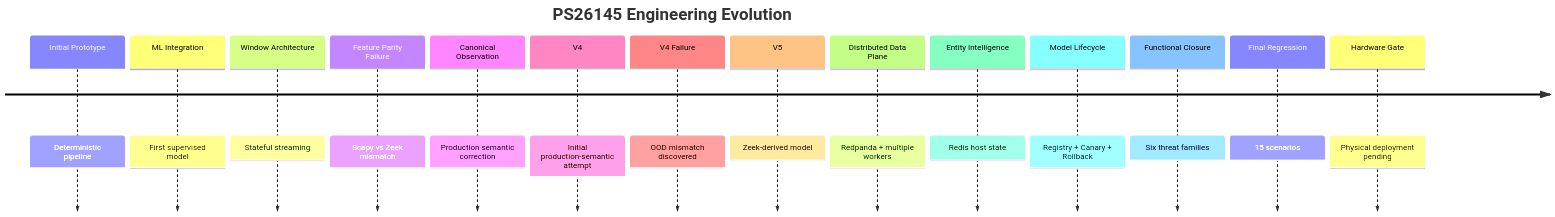
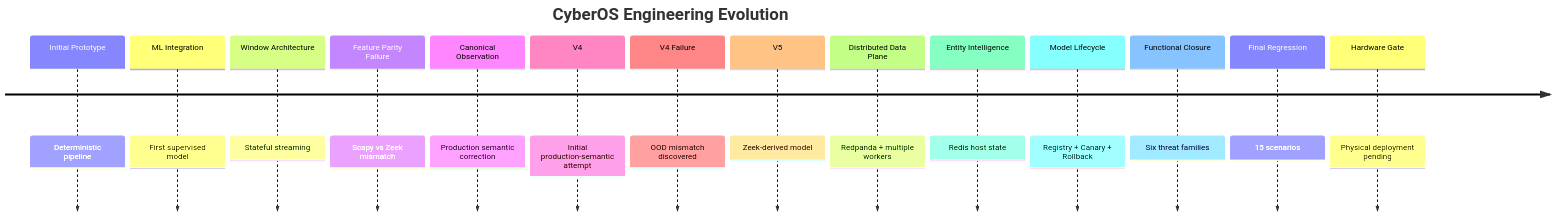
One commit to hotaro6754/CYBER-OS changed the second of 18 diagrams in presentation/CyberOS_MASTER_ENGINEERING_VALIDATION_DOSSIER.md. Above: the diagram before and after it, drawn with Mermaid. The commit also changed other lines of this file and 19 other files, not shown here.

Commit message:
Final HackSprint 2.0 Release Candidate: CyberOS Evidence-Driven Architecture & UI Fixes

````diff
--- a/presentation/CyberOS_MASTER_ENGINEERING_VALIDATION_DOSSIER.md
+++ b/presentation/CyberOS_MASTER_ENGINEERING_VALIDATION_DOSSIER.md
@@ -29,18 +29,18 @@
 ```mermaid
 timeline
-    title PS26145 Engineering Evolution
+    title CyberOS Engineering Evolution
     Initial Prototype : Deterministic pipeline
     ML Integration : First supervised model
     Window Architecture : Stateful streaming
     Feature Parity Failure : Scapy vs Zeek mismatch
     Canonical Observation : Production semantic correction
     V4 : Initial production-semantic attempt
     V4 Failure : OOD mismatch discovered
     V5 : Zeek-derived model
     Distributed Data Plane : Redpanda + multiple workers
     Entity Intelligence : Redis host state
     Model Lifecycle : Registry + Canary + Rollback
     Functional Closure : Six threat families
     Final Regression : 15 scenarios
     Hardware Gate : Physical deployment pending
 ```
````
